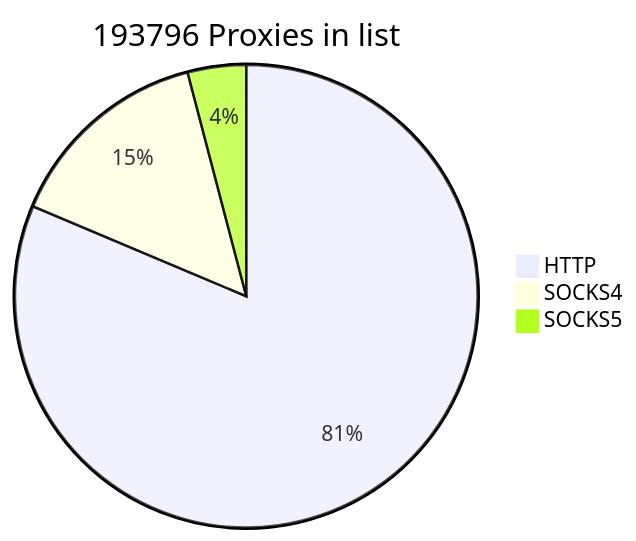
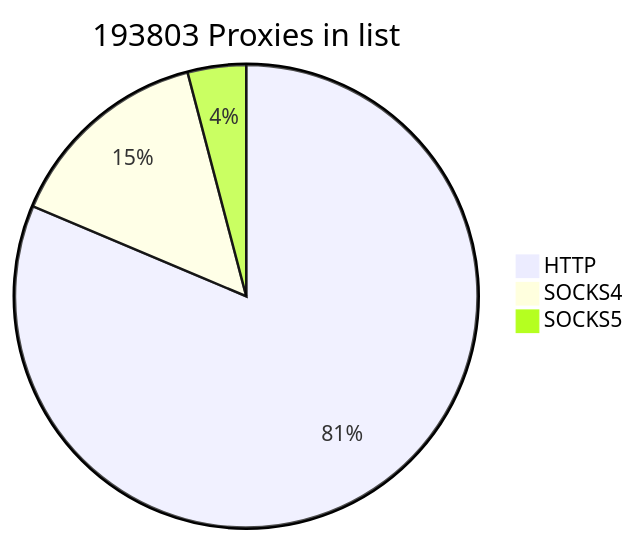
One commit to cutipu/proxylist changed the first of 2 diagrams in README.md. Above: the diagram before and after it, drawn with Mermaid. The commit also changed other lines of this file, not shown here.

````diff
--- a/README.md
+++ b/README.md
@@ -2,7 +2,7 @@
 ```mermaid
-pie title 193796 Proxies in list
-    "HTTP" : 157646
+pie title 193803 Proxies in list
+    "HTTP" : 157653
     "SOCKS4" : 28243
     "SOCKS5" : 7907
             
 ```
````
